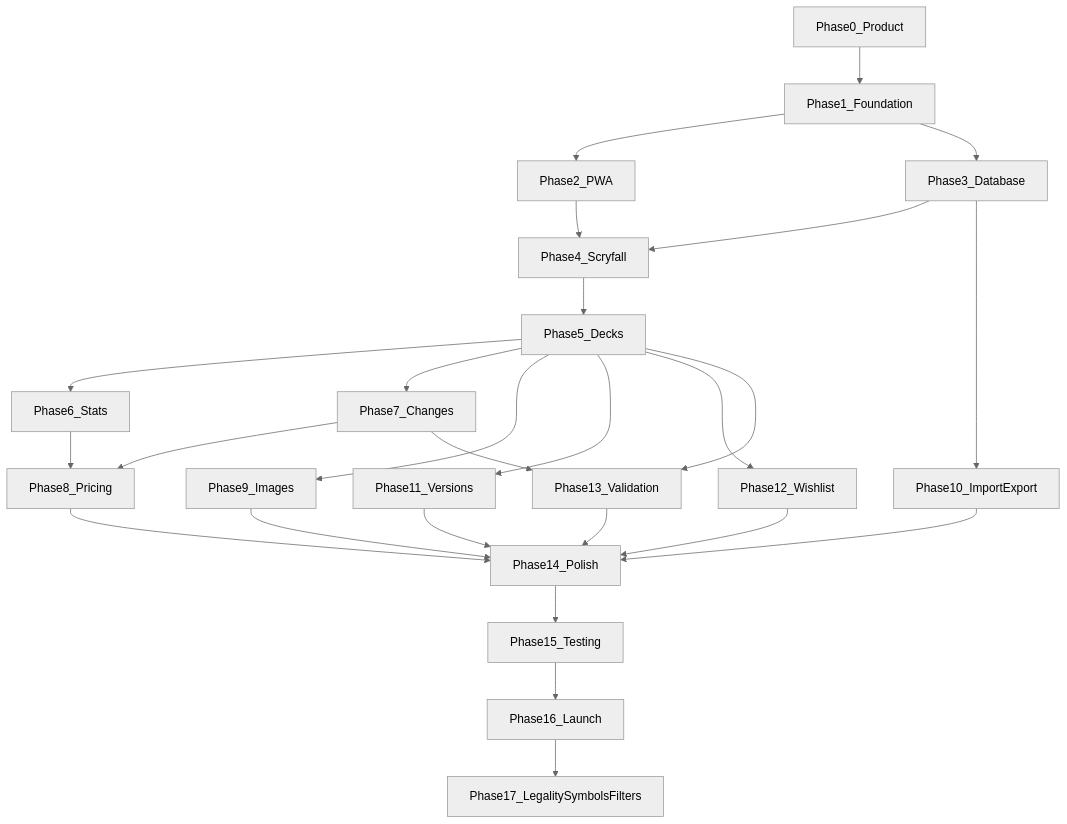
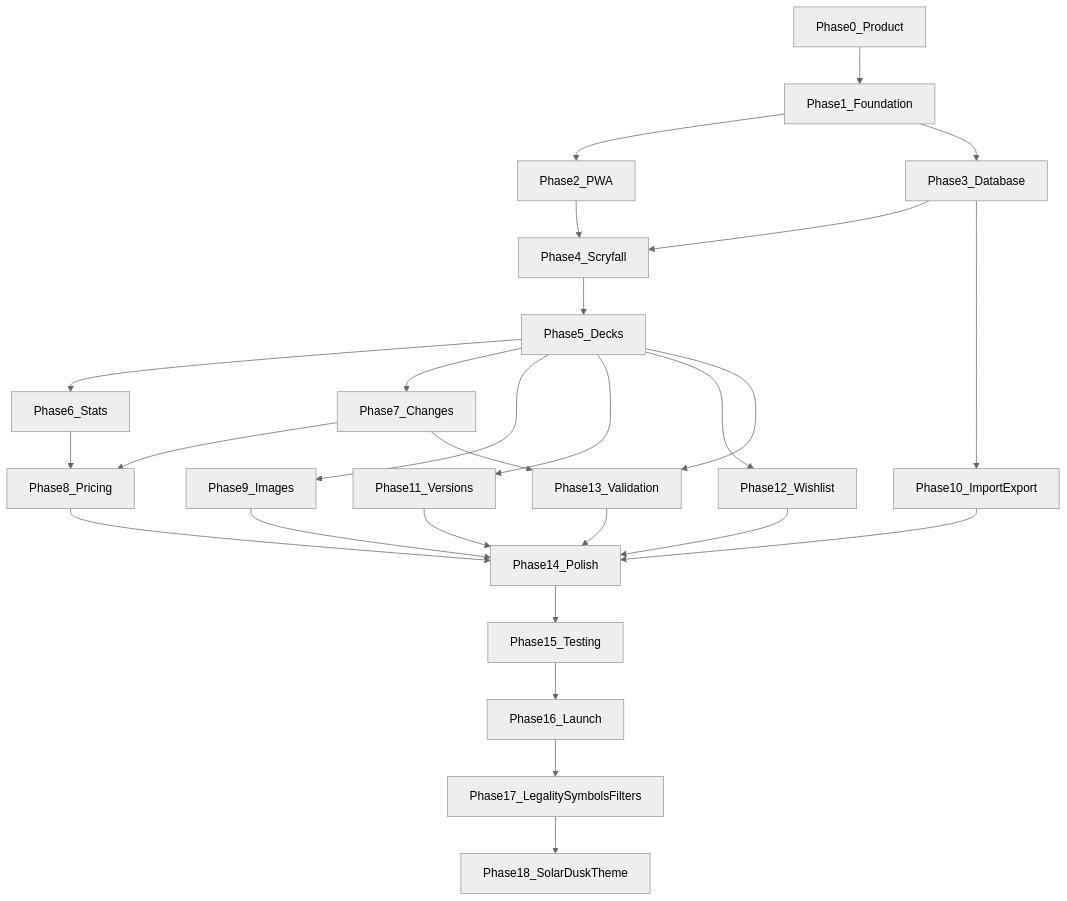
Before and after one commit to zeMenno/mtg-deck-manager: the diagram in build-plan/README.md, drawn with Mermaid (neutral theme). The commit also changed other lines of this file and 134 other files, not shown here.

````diff
--- a/build-plan/README.md
+++ b/build-plan/README.md
@@ -54,28 +55,29 @@
 ```mermaid
 flowchart TD
   P0[Phase0_Product] --> P1[Phase1_Foundation]
   P1 --> P2[Phase2_PWA]
   P1 --> P3[Phase3_Database]
   P2 --> P4[Phase4_Scryfall]
   P3 --> P4
   P4 --> P5[Phase5_Decks]
   P5 --> P6[Phase6_Stats]
   P5 --> P7[Phase7_Changes]
   P6 --> P8[Phase8_Pricing]
   P7 --> P8
   P5 --> P9[Phase9_Images]
   P3 --> P10[Phase10_ImportExport]
   P5 --> P11[Phase11_Versions]
   P5 --> P12[Phase12_Wishlist]
   P5 --> P13[Phase13_Validation]
   P7 --> P13
   P8 --> P14[Phase14_Polish]
   P9 --> P14
   P10 --> P14
   P11 --> P14
   P12 --> P14
   P13 --> P14
   P14 --> P15[Phase15_Testing]
   P15 --> P16[Phase16_Launch]
   P16 --> P17[Phase17_LegalitySymbolsFilters]
+  P17 --> P18[Phase18_SolarDuskTheme]
 ```
````
